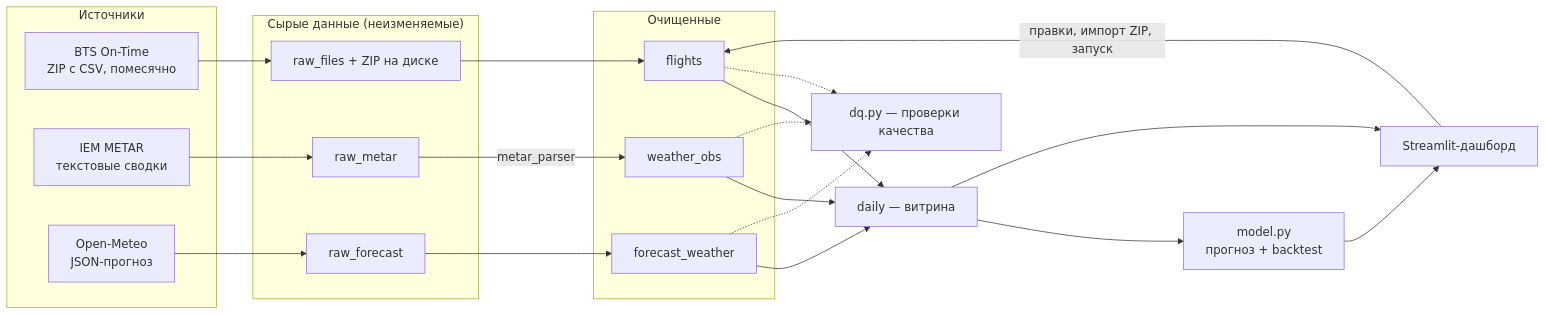
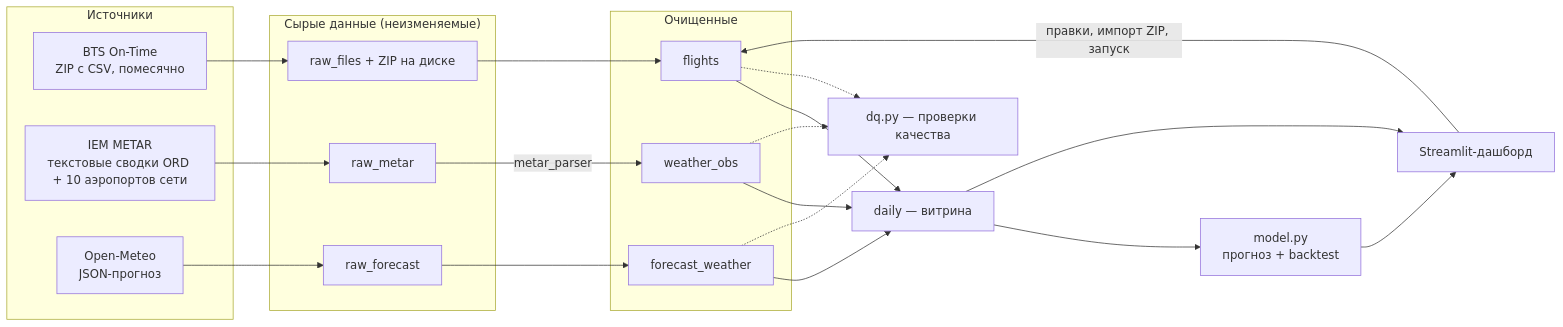
One commit to BuyBuy-Service/teterin changed the diagram in docs/architecture.md. Above: the diagram before and after it, drawn with Mermaid. The commit also changed other lines of this file and 8 other files, not shown here.

Commit message:
История 4 года с дозаполнением пропусков, миграция схемы, статусы журнала текстом вместо эмодзи

````diff
--- a/docs/architecture.md
+++ b/docs/architecture.md
@@ -3,26 +3,26 @@
 ```mermaid
 flowchart LR
     subgraph Источники
         S1[BTS On-Time<br/>ZIP с CSV, помесячно]
-        S2[IEM METAR<br/>текстовые сводки]
+        S2[IEM METAR<br/>текстовые сводки ORD + 10 аэропортов сети]
         S3[Open-Meteo<br/>JSON-прогноз]
     end
     subgraph raw["Сырые данные (неизменяемые)"]
         R1[raw_files + ZIP на диске]
         R2[raw_metar]
         R3[raw_forecast]
     end
     subgraph core["Очищенные"]
         C1[flights]
         C2[weather_obs]
         C3[forecast_weather]
     end
     S1 --> R1 --> C1
     S2 --> R2 -->|metar_parser| C2
     S3 --> R3 --> C3
     C1 & C2 & C3 --> M[daily — витрина]
     M --> ML[model.py<br/>прогноз + backtest]
     M & ML --> UI[Streamlit-дашборд]
     C1 & C2 & C3 -.-> DQ[dq.py — проверки качества]
     UI -->|правки, импорт ZIP, запуск| C1
 ```
````
